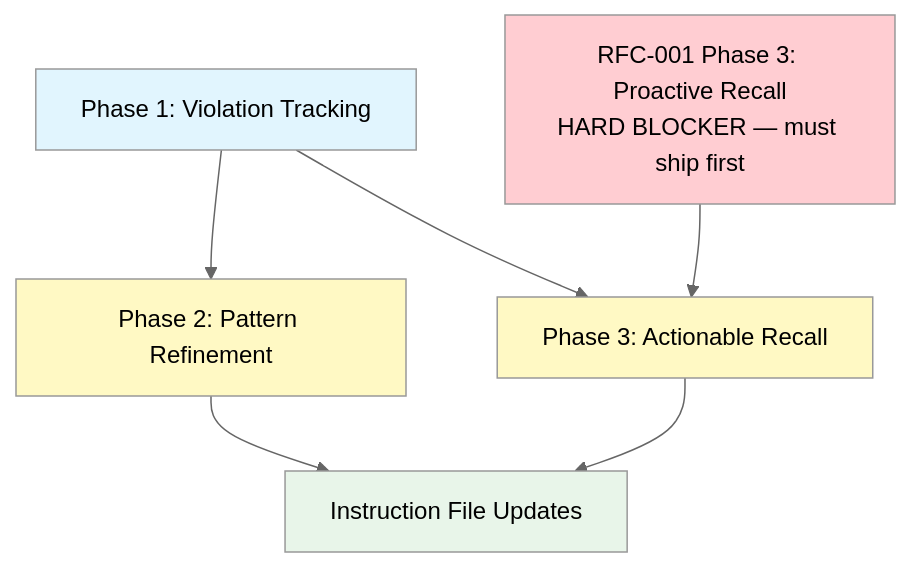
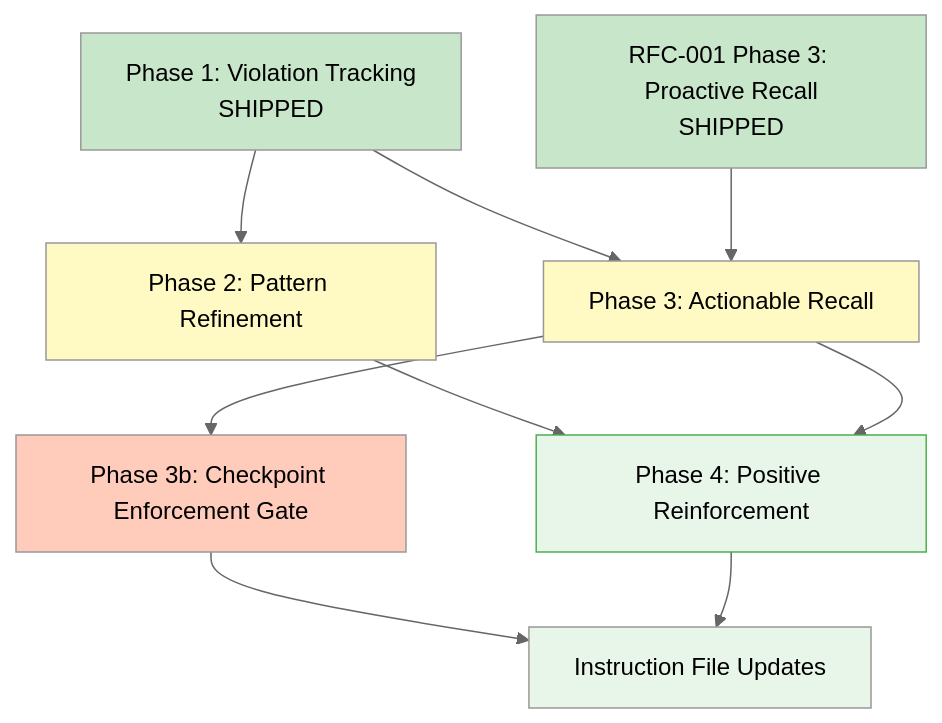
The diagram in docs/rfcs/RFC-002-learning-loop.md (lantisprime/episodic-memory), drawn with Mermaid (neutral theme) before and after one commit. The commit also changed other lines of this file and 5 other files, not shown here.

First line of the commit message:
docs: RFC-002 Phase 3b spec + plan-gate tests (#25)

````diff
--- a/docs/rfcs/RFC-002-learning-loop.md
+++ b/docs/rfcs/RFC-002-learning-loop.md
@@ -229,23 +414,31 @@
 ```mermaid
 graph TD
-    RFC1P3[RFC-001 Phase 3: Proactive Recall<br/>HARD BLOCKER — must ship first]
-    P1[Phase 1: Violation Tracking]
+    RFC1P3[RFC-001 Phase 3: Proactive Recall<br/>SHIPPED]
+    P1[Phase 1: Violation Tracking<br/>SHIPPED]
     P2[Phase 2: Pattern Refinement]
     P3[Phase 3: Actionable Recall]
+    P3b[Phase 3b: Checkpoint Enforcement Gate]
+    P4[Phase 4: Positive Reinforcement]
     INST[Instruction File Updates]
 
     P1 --> P2
     P1 --> P3
     RFC1P3 --> P3
-    P2 --> INST
-    P3 --> INST
+    P3 --> P3b
+    P2 --> P4
+    P3 --> P4
+    P3b --> INST
+    P4 --> INST
 
-    classDef blocker fill:#ffcdd2
+    classDef shipped fill:#c8e6c9
     classDef tier1 fill:#e1f5fe
     classDef tier2 fill:#fff9c4
     classDef tier3 fill:#e8f5e9
-    class RFC1P3 blocker
-    class P1 tier1
+    classDef enforcement fill:#ffccbc
+    classDef positive fill:#e8f5e9,stroke:#4caf50
+    class RFC1P3,P1 shipped
     class P2,P3 tier2
+    class P3b enforcement
+    class P4 positive
     class INST tier3
 ```
````
